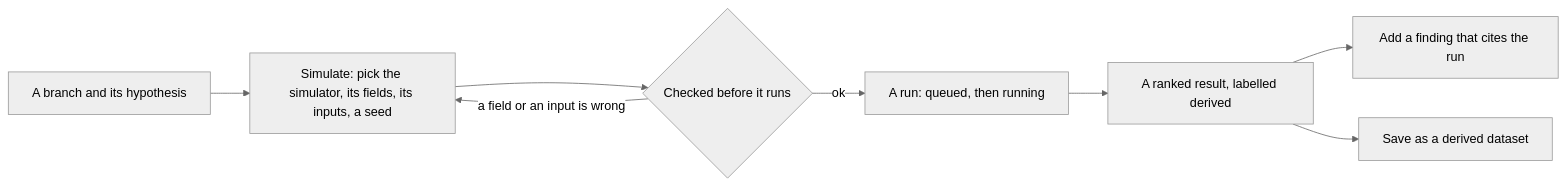
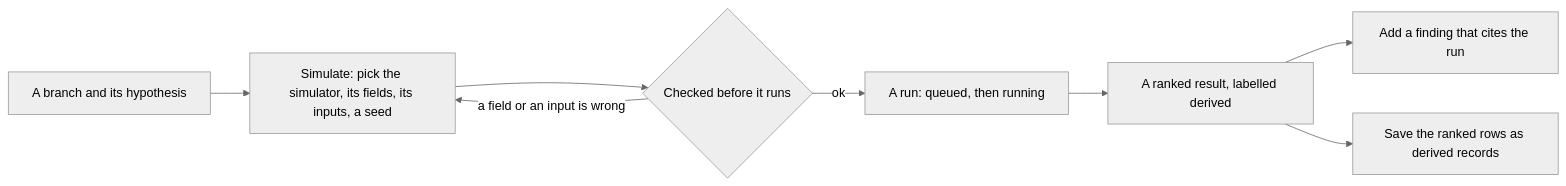
One commit to invana/invana changed the diagram in docs/docs/concepts/simulations.md. Above: the diagram before and after it, drawn with Mermaid (neutral theme). The commit also changed other lines of this file and 637 other files, not shown here.

````diff
--- a/docs/docs/concepts/simulations.md
+++ b/docs/docs/concepts/simulations.md
@@ -7,10 +7,10 @@
 ```mermaid
 flowchart LR
     B[A branch and its hypothesis] --> S[Simulate: pick the simulator, its fields, its inputs, a seed]
     S --> C{Checked before it runs}
     C -->|a field or an input is wrong| S
     C -->|ok| R[A run: queued, then running]
     R --> O[A ranked result, labelled derived]
     O --> F[Add a finding that cites the run]
-    O --> D[Save as a derived dataset]
+    O --> D[Save the ranked rows as derived records]
 ```
````
